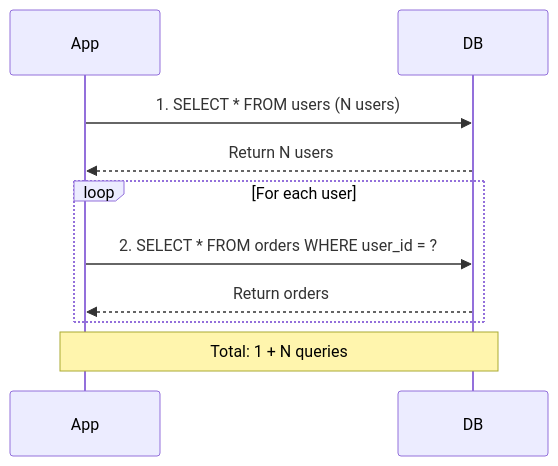
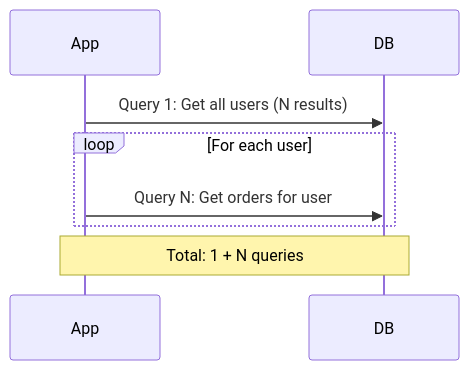
Before and after one commit to iouthnamain/tech-note: the diagram in Full-Stack-Guides/Group-06-Database-Analysis/06.08_N_Plus_1_Query_Problem.md, drawn with Mermaid. The commit also changed other lines of this file and 480 other files, not shown here.

````diff
--- a/Full-Stack-Guides/Group-06-Database-Analysis/06.08_N_Plus_1_Query_Problem.md
+++ b/Full-Stack-Guides/Group-06-Database-Analysis/06.08_N_Plus_1_Query_Problem.md
@@ -23,10 +22,8 @@
 ```mermaid
 sequenceDiagram
-    App->>DB: 1. SELECT * FROM users (N users)
-    DB-->>App: Return N users
+    App->>DB: Query 1: Get all users (N results)
     loop For each user
-        App->>DB: 2. SELECT * FROM orders WHERE user_id = ?
-        DB-->>App: Return orders
+        App->>DB: Query N: Get orders for user
     end
     Note over App,DB: Total: 1 + N queries
 ```
````
